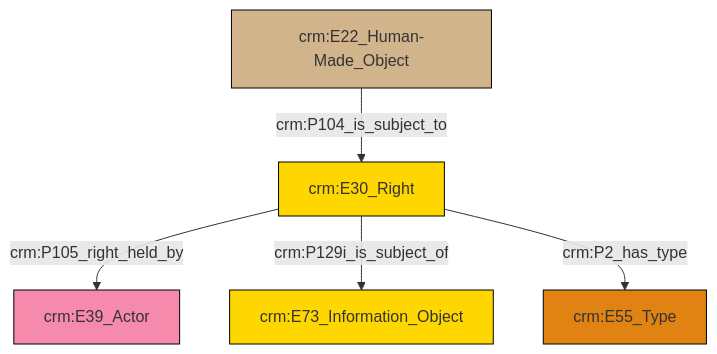
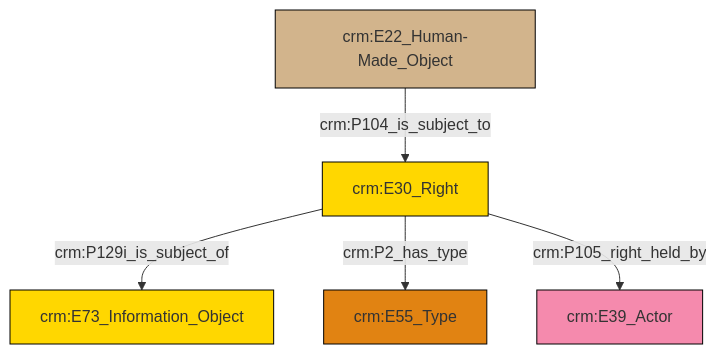
The diagram in et/carrierCSV/ttl/mmd/carrier_rights.ttl.mmd (swiss-art-research-net/docs.swissartresearch), drawn with Mermaid before and after one commit. The commit also changed 179 other files, not shown here.

```diff
--- a/et/carrierCSV/ttl/mmd/carrier_rights.ttl.mmd
+++ b/et/carrierCSV/ttl/mmd/carrier_rights.ttl.mmd
@@ -1,19 +1,19 @@
 graph TD
 classDef Literal fill:#f2f2f2,stroke:#000000;
 classDef CRM_Entity fill:#FFFFFF,stroke:#000000;
 classDef Temporal_Entity fill:#00C9E6, stroke:#000000;
 classDef Type fill:#E18312, stroke:#000000;
 classDef Time-Span fill:#2C9C91, stroke:#000000;
 classDef Appellation fill:#FFEB7F, stroke:#000000;
 classDef Place fill:#008836, stroke:#000000;
 classDef Persistent_Item fill:#B266B2, stroke:#000000;
 classDef Conceptual_Object fill:#FFD700, stroke:#000000;
 classDef Physical_Thing fill:#D2B48C, stroke:#000000;
 classDef Actor fill:#f58aad, stroke:#000000;
 classDef PC_Classes fill:#4ce600, stroke:#000000;
 classDef Multi fill:#cccccc,stroke:#000000;
 
-6["crm:E22_Human-Made_Object"]:::Physical_Thing -->|crm:P104_is_subject_to| 4["crm:E30_Right"]:::Conceptual_Object
-4["crm:E30_Right"]:::Conceptual_Object -->|crm:P105_right_held_by| 2["crm:E39_Actor"]:::Actor
-4["crm:E30_Right"]:::Conceptual_Object -->|crm:P129i_is_subject_of| 8["crm:E73_Information_Object"]:::Conceptual_Object
-4["crm:E30_Right"]:::Conceptual_Object -->|crm:P2_has_type| 0["crm:E55_Type"]:::Type
+0["crm:E30_Right"]:::Conceptual_Object -->|crm:P129i_is_subject_of| 1["crm:E73_Information_Object"]:::Conceptual_Object
+0["crm:E30_Right"]:::Conceptual_Object -->|crm:P2_has_type| 2["crm:E55_Type"]:::Type
+6["crm:E22_Human-Made_Object"]:::Physical_Thing -->|crm:P104_is_subject_to| 0["crm:E30_Right"]:::Conceptual_Object
+0["crm:E30_Right"]:::Conceptual_Object -->|crm:P105_right_held_by| 3["crm:E39_Actor"]:::Actor
```
